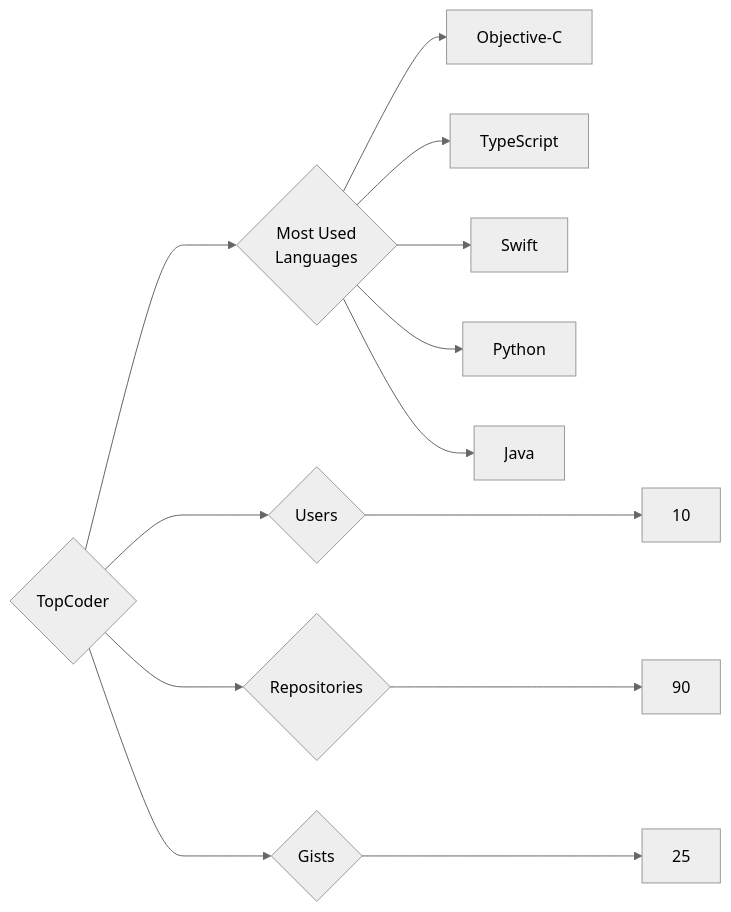
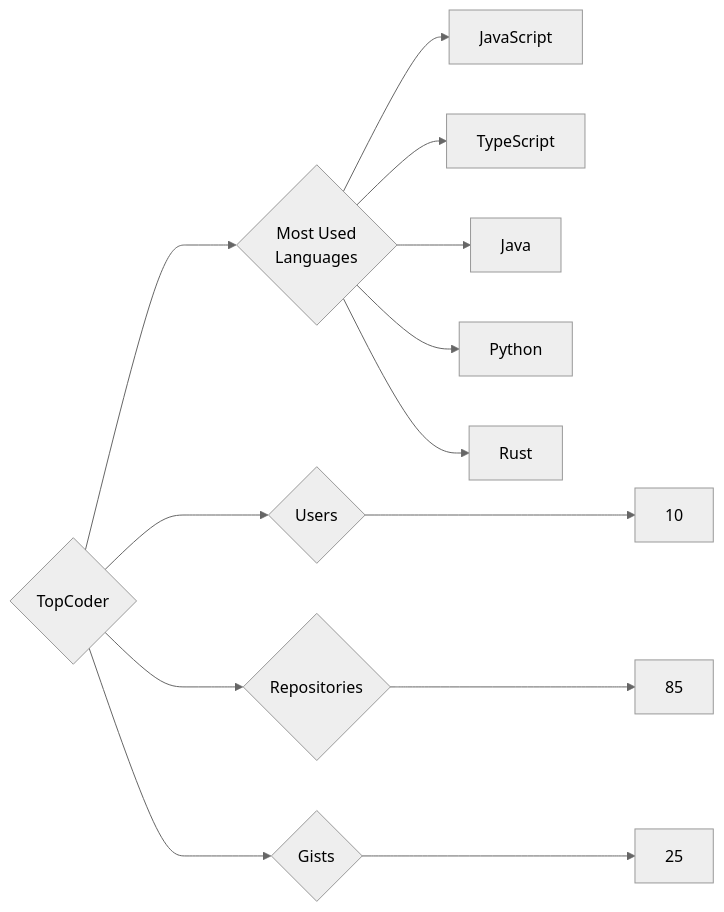
One commit to trickest/insiders changed the diagram in targets/TopCoder/README.md. Above: the diagram before and after it, drawn with Mermaid (neutral theme). The commit also changed 1011 other files, not shown here.

````diff
--- a/targets/TopCoder/README.md
+++ b/targets/TopCoder/README.md
@@ -3,13 +3,13 @@
 ```mermaid
 graph LR
 COMPANY_NAME{TopCoder}
 COMPANY_NAME ---> U{Users} ---> UN[10]
-COMPANY_NAME ---> R{Repositories} ---> RN[90]
+COMPANY_NAME ---> R{Repositories} ---> RN[85]
 COMPANY_NAME ---> G{Gists} ---> GN[25]
 COMPANY_NAME ---> ML{Most Used<br>Languages}
-ML --> Objective-C[Objective-C]
+ML --> JavaScript[JavaScript]
 ML --> TypeScript[TypeScript]
-ML --> Swift[Swift]
+ML --> Java[Java]
 ML --> Python[Python]
-ML --> Java[Java]
+ML --> Rust[Rust]
 ```
````
